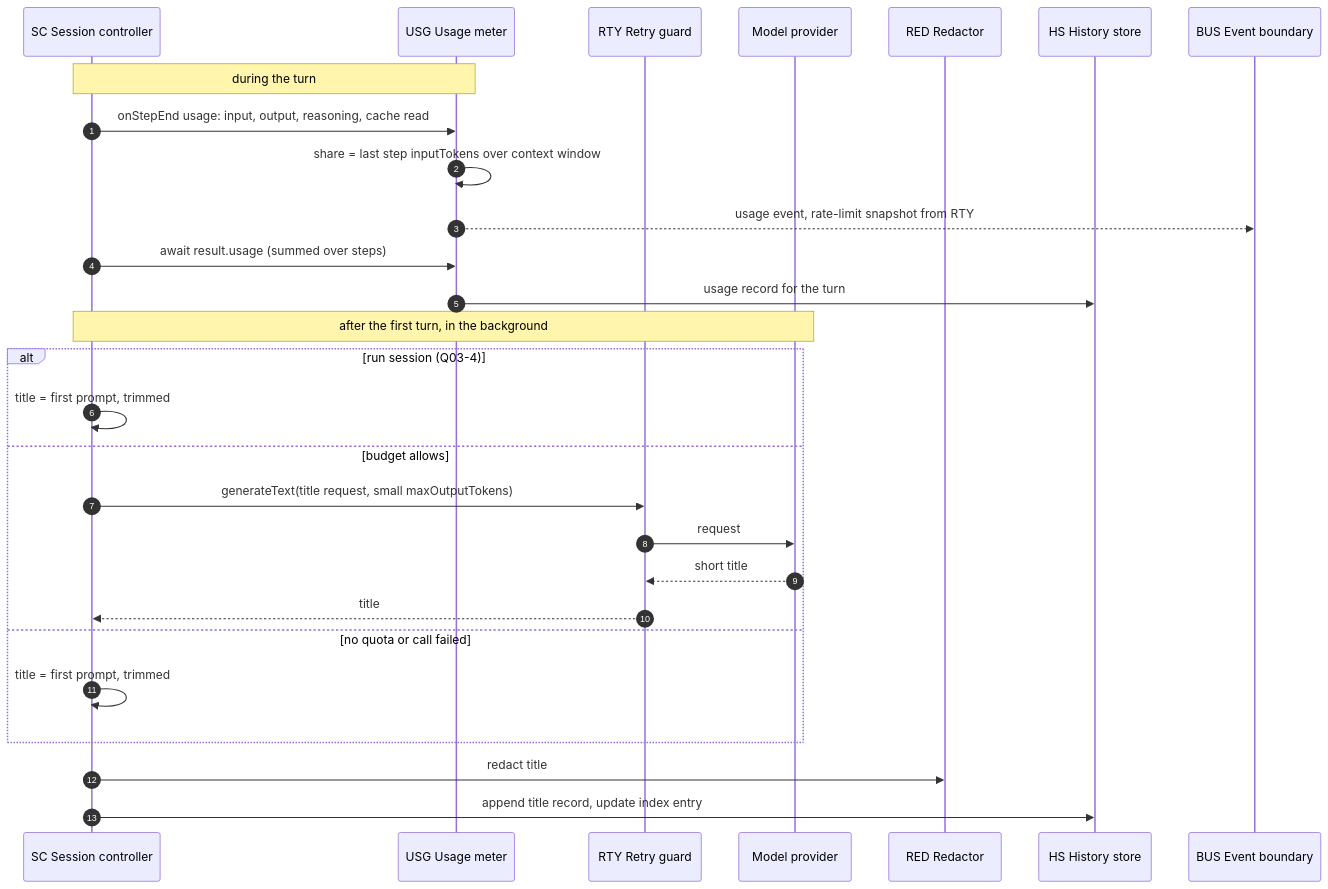
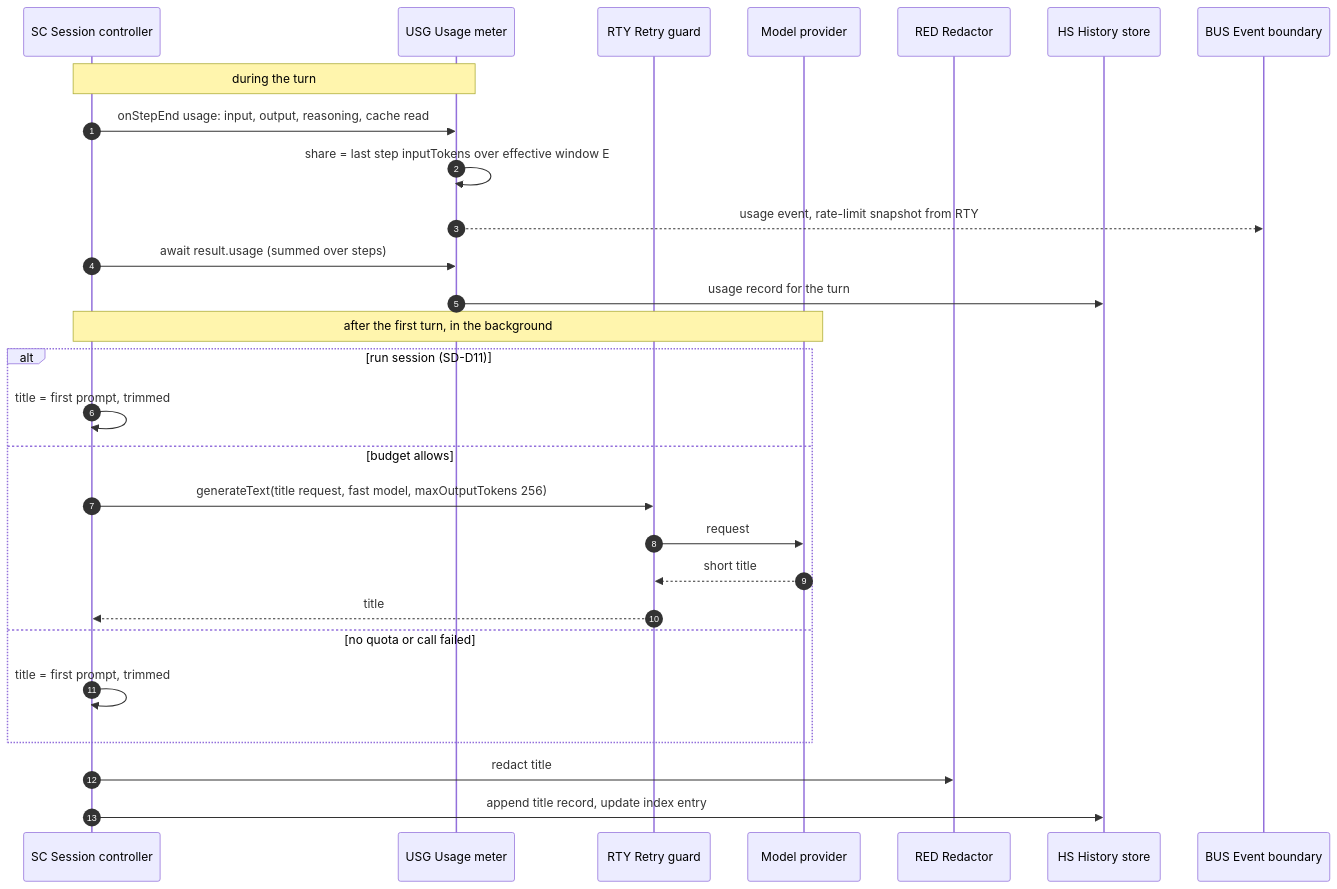
One commit to Dakshnagpal/antai-agent changed the eighth of 46 diagrams in docs/Deliverables/03_sequence_diagrams.md. Above: the diagram before and after it, drawn with Mermaid. The commit also changed other lines of this file and 18 other files, not shown here.

````diff
--- a/docs/Deliverables/03_sequence_diagrams.md
+++ b/docs/Deliverables/03_sequence_diagrams.md
@@ -549,30 +555,30 @@
 ```mermaid
 sequenceDiagram
     autonumber
     participant SC as SC Session controller
     participant USG as USG Usage meter
     participant RTY as RTY Retry guard
     participant LLM as Model provider
     participant RED as RED Redactor
     participant HS as HS History store
     participant BUS as BUS Event boundary
     Note over SC,USG: during the turn
     SC->>USG: onStepEnd usage: input, output, reasoning, cache read
-    USG->>USG: share = last step inputTokens over context window
+    USG->>USG: share = last step inputTokens over effective window E
     USG-->>BUS: usage event, rate-limit snapshot from RTY
     SC->>USG: await result.usage (summed over steps)
     USG->>HS: usage record for the turn
     Note over SC,LLM: after the first turn, in the background
-    alt run session (Q03-4)
+    alt run session (SD-D11)
         SC->>SC: title = first prompt, trimmed
     else budget allows
-        SC->>RTY: generateText(title request, small maxOutputTokens)
+        SC->>RTY: generateText(title request, fast model, maxOutputTokens 256)
         RTY->>LLM: request
         LLM-->>RTY: short title
         RTY-->>SC: title
     else no quota or call failed
         SC->>SC: title = first prompt, trimmed
     end
     SC->>RED: redact title
     SC->>HS: append title record, update index entry
 ```
````
